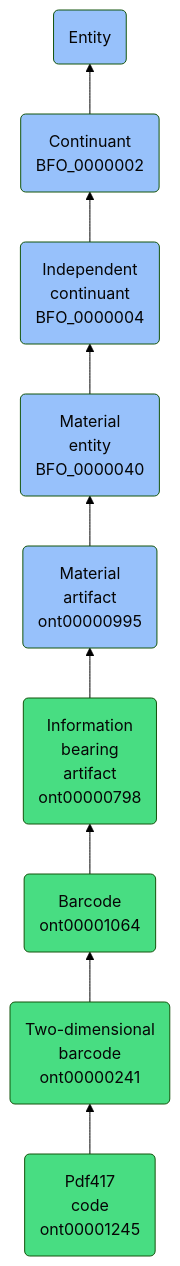
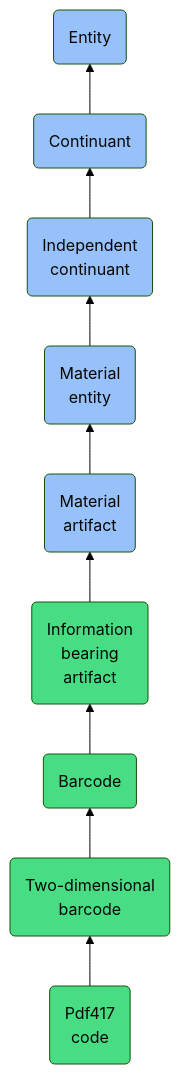
One commit to jupyter-naas/abi changed the diagram in docs/ontology/reference/model/Entity/Continuant/Independent continuant/Material entity/Material artifact/Information bearing artifact/Barcode/Two-dimensional barcode/Pdf417 code/Pdf417 code.md. Above: the diagram before and after it, drawn with Mermaid (forest theme). The commit also changed other lines of this file and 1430 other files, not shown here.

````diff
--- a/docs/ontology/reference/model/Entity/Continuant/Independent continuant/Material entity/Material artifact/Information bearing artifact/Barcode/Two-dimensional barcode/Pdf417 code/Pdf417 code.md
+++ b/docs/ontology/reference/model/Entity/Continuant/Independent continuant/Material entity/Material artifact/Information bearing artifact/Barcode/Two-dimensional barcode/Pdf417 code/Pdf417 code.md
@@ -24,16 +24,16 @@
 ```mermaid
 graph BT
-    ont00001245(Pdf417<br>code<br>ont00001245):::ABI-->ont00000241
-    ont00000241(Two-dimensional<br>barcode<br>ont00000241):::ABI-->ont00001064
-    ont00001064(Barcode<br>ont00001064):::ABI-->ont00000798
-    ont00000798(Information<br>bearing<br>artifact<br>ont00000798):::ABI-->ont00000995
-    ont00000995(Material<br>artifact<br>ont00000995):::BFO-->BFO_0000040
-    BFO_0000040(Material<br>entity<br>BFO_0000040):::BFO-->BFO_0000004
-    BFO_0000004(Independent<br>continuant<br>BFO_0000004):::BFO-->BFO_0000002
-    BFO_0000002(Continuant<br>BFO_0000002):::BFO-->BFO_0000001
+    ont00001245(Pdf417<br>code):::ABI-->ont00000241
+    ont00000241(Two-dimensional<br>barcode):::ABI-->ont00001064
+    ont00001064(Barcode):::ABI-->ont00000798
+    ont00000798(Information<br>bearing<br>artifact):::ABI-->ont00000995
+    ont00000995(Material<br>artifact):::BFO-->BFO_0000040
+    BFO_0000040(Material<br>entity):::BFO-->BFO_0000004
+    BFO_0000004(Independent<br>continuant):::BFO-->BFO_0000002
+    BFO_0000002(Continuant):::BFO-->BFO_0000001
     BFO_0000001(Entity):::BFO
     
     classDef BFO fill:#97c1fb,color:#060606
     classDef CCO fill:#e4c51e,color:#060606
     classDef ABI fill:#48DD82,color:#060606
 ```
````
